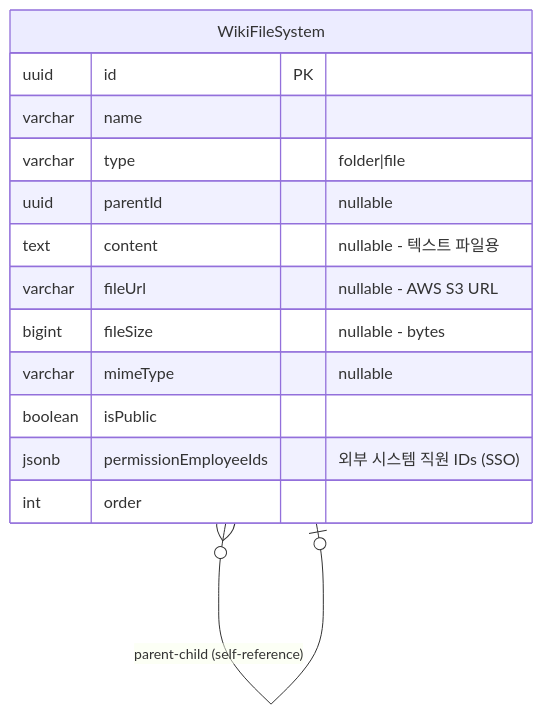
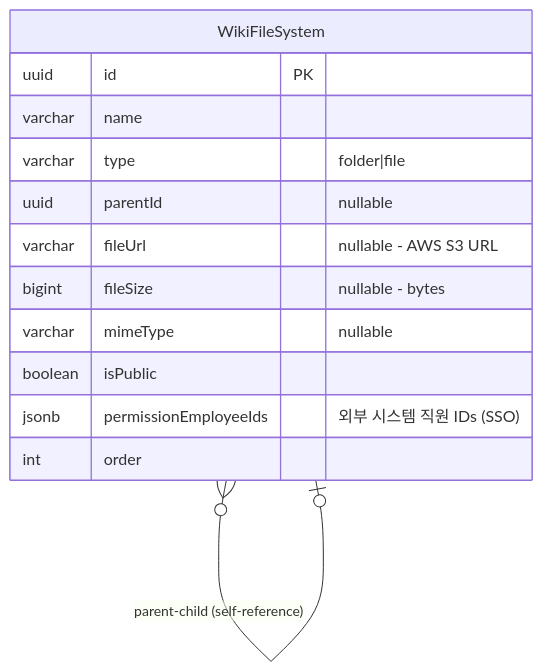
One commit to GTD-web/Back_ContentsManagementSystem changed the seventh of 7 diagrams in docs/er-diagram.md. Above: the diagram before and after it, drawn with Mermaid. The commit also changed other lines of this file and 1 other file, not shown here.

````diff
--- a/docs/er-diagram.md
+++ b/docs/er-diagram.md
@@ -752,18 +770,17 @@
 ```mermaid
 erDiagram
     WikiFileSystem {
         uuid id PK
         varchar name
         varchar type "folder|file"
         uuid parentId "nullable"
-        text content "nullable - 텍스트 파일용"
         varchar fileUrl "nullable - AWS S3 URL"
         bigint fileSize "nullable - bytes"
         varchar mimeType "nullable"
         boolean isPublic
         jsonb permissionEmployeeIds "외부 시스템 직원 IDs (SSO)"
         int order
     }
     
     WikiFileSystem }o--o| WikiFileSystem : "parent-child (self-reference)"
 ```
````
